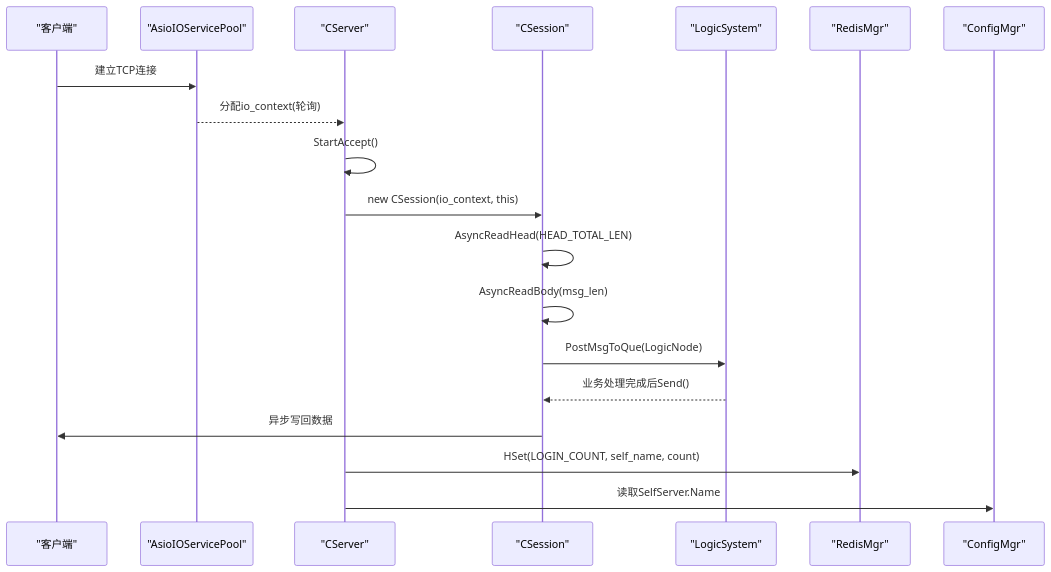
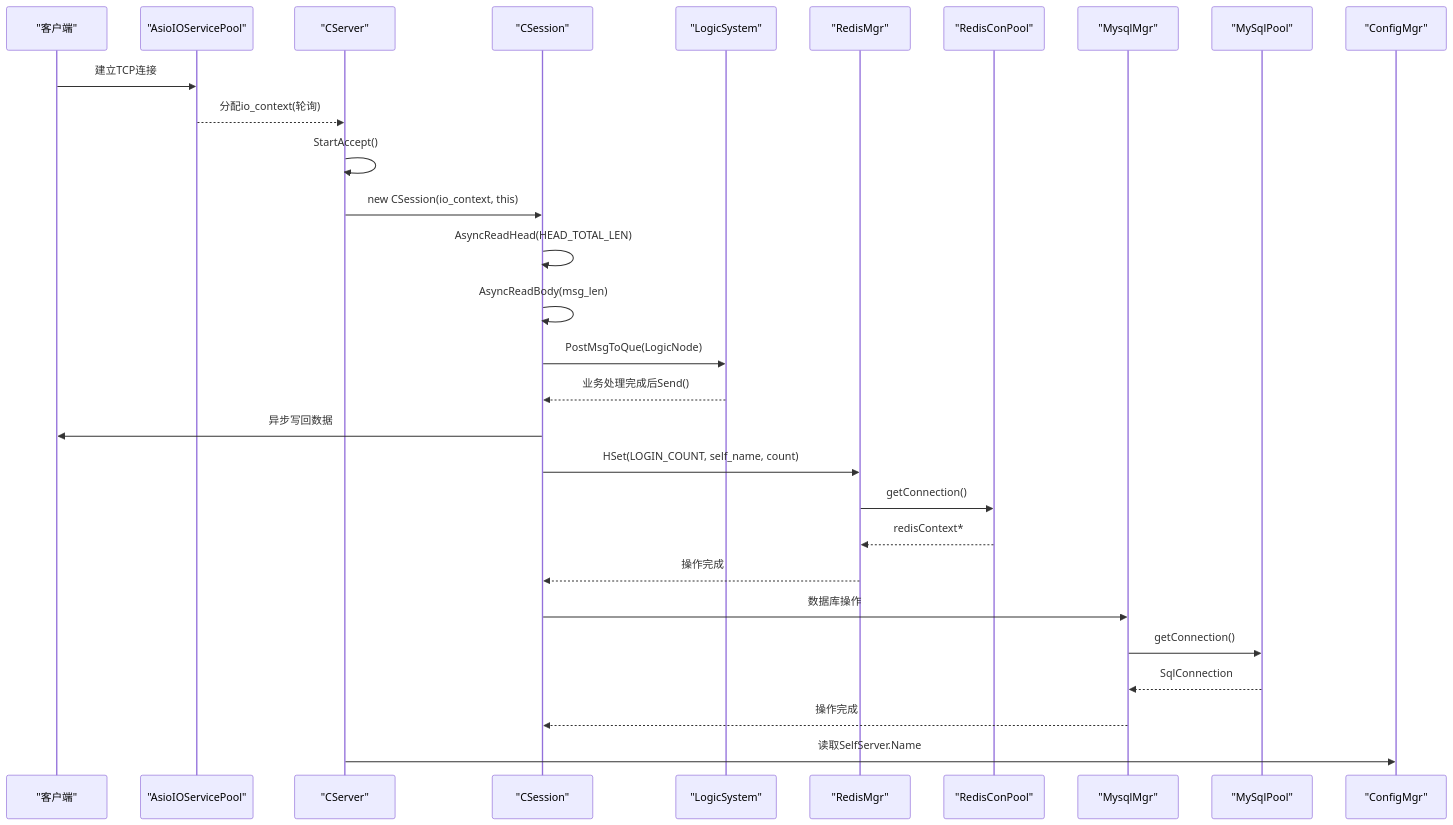
Before and after one commit to echo9923/mychatter: the second of 8 diagrams in .qoder/repowiki/zh/content/性能优化/网络通信优化/连接池管理.md, drawn with Mermaid. The commit also changed other lines of this file and 107 other files, not shown here.

````diff
--- a/.qoder/repowiki/zh/content/性能优化/网络通信优化/连接池管理.md
+++ b/.qoder/repowiki/zh/content/性能优化/网络通信优化/连接池管理.md
@@ -109,21 +151,31 @@
 ```mermaid
 sequenceDiagram
 participant Client as "客户端"
 participant Pool as "AsioIOServicePool"
 participant Server as "CServer"
 participant Session as "CSession"
 participant Logic as "LogicSystem"
-participant Redis as "RedisMgr"
+participant RedisMgr as "RedisMgr"
+participant RedisPool as "RedisConPool"
+participant MysqlMgr as "MysqlMgr"
+participant MySqlPool as "MySqlPool"
 participant Config as "ConfigMgr"
 Client->>Pool : 建立TCP连接
 Pool-->>Server : 分配io_context(轮询)
 Server->>Server : StartAccept()
 Server->>Session : new CSession(io_context, this)
 Session->>Session : AsyncReadHead(HEAD_TOTAL_LEN)
 Session->>Session : AsyncReadBody(msg_len)
 Session->>Logic : PostMsgToQue(LogicNode)
 Logic-->>Session : 业务处理完成后Send()
 Session->>Client : 异步写回数据
-Server->>Redis : HSet(LOGIN_COUNT, self_name, count)
+Session->>RedisMgr : HSet(LOGIN_COUNT, self_name, count)
+RedisMgr->>RedisPool : getConnection()
+RedisPool-->>RedisMgr : redisContext*
+RedisMgr-->>Session : 操作完成
+Session->>MysqlMgr : 数据库操作
+MysqlMgr->>MySqlPool : getConnection()
+MySqlPool-->>MysqlMgr : SqlConnection
+MysqlMgr-->>Session : 操作完成
 Server->>Config : 读取SelfServer.Name
 ```
````
